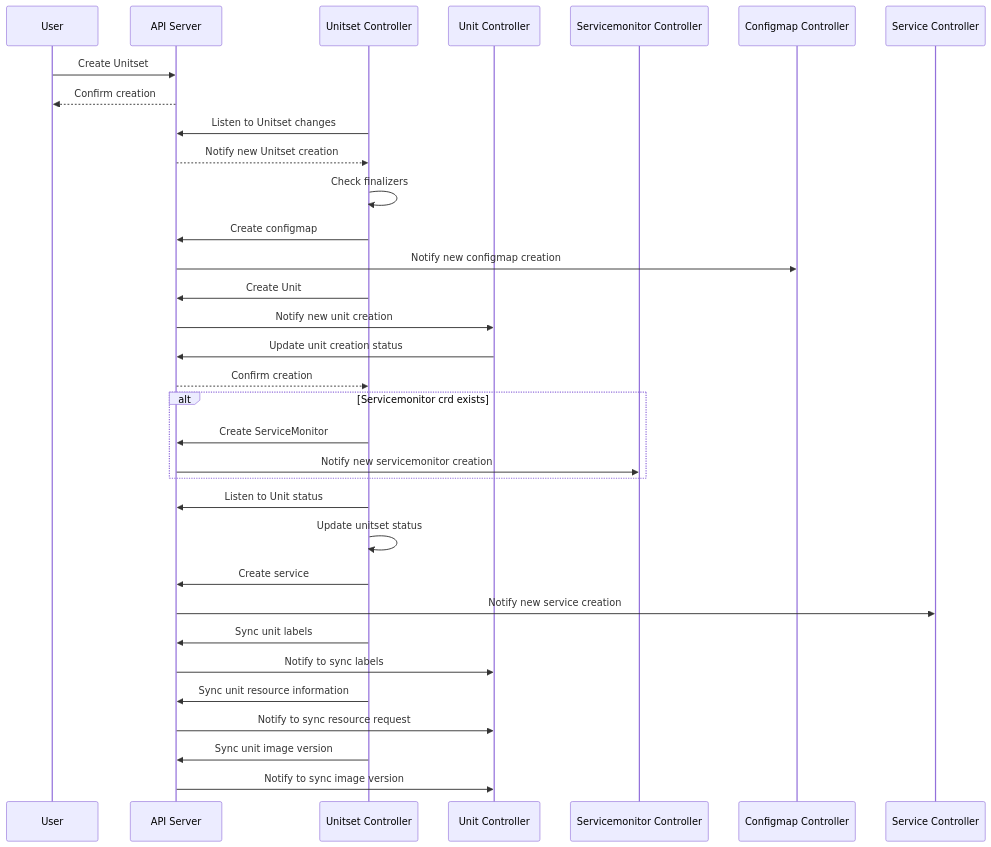
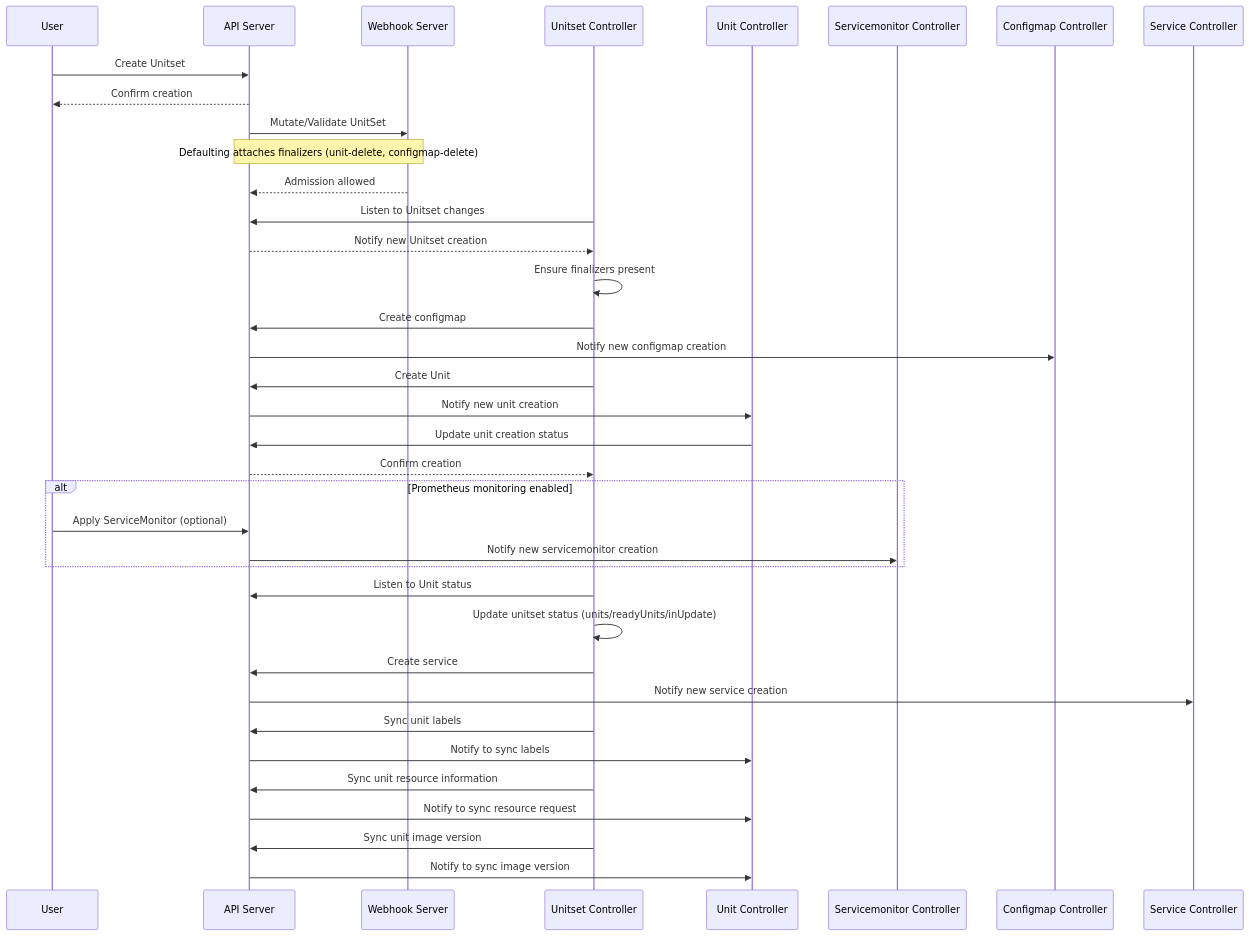
The diagram in doc/unitset.mermaid (upmio/unit-operator), drawn with Mermaid before and after one commit. The commit also changed 8 other files, not shown here.

```diff
--- a/doc/unitset.mermaid
+++ b/doc/unitset.mermaid
@@ -1,45 +1,50 @@
 sequenceDiagram
     participant User
     participant API Server
+    participant Webhook Server
     participant Unitset Controller
     participant Unit Controller
     participant Servicemonitor Controller
     participant Configmap Controller
     participant Service Controller
 
     User->>API Server: Create Unitset
     API Server-->>User: Confirm creation
 
+    API Server->>Webhook Server: Mutate/Validate UnitSet
+    Note over Webhook Server,API Server: Defaulting attaches finalizers (unit-delete, configmap-delete)
+    Webhook Server-->>API Server: Admission allowed
+
     Unitset Controller->>API Server: Listen to Unitset changes
     API Server-->>Unitset Controller: Notify new Unitset creation
 
-    Unitset Controller->>Unitset Controller: Check finalizers
+    Unitset Controller->>Unitset Controller: Ensure finalizers present
 
     Unitset Controller->>API Server: Create configmap
     API Server->>Configmap Controller: Notify new configmap creation
 
     Unitset Controller->>API Server: Create Unit
     API Server->>Unit Controller: Notify new unit creation
 
     Unit Controller ->> API Server: Update unit creation status
     API Server-->>Unitset Controller: Confirm creation
 
-    alt Servicemonitor crd exists
-        Unitset Controller->>API Server: Create ServiceMonitor
+    alt Prometheus monitoring enabled
+        User->>API Server: Apply ServiceMonitor (optional)
         API Server->>Servicemonitor Controller: Notify new servicemonitor creation
     end
 
     Unitset Controller->>API Server: Listen to Unit status
-    Unitset Controller->>Unitset Controller: Update unitset status
+    Unitset Controller->>Unitset Controller: Update unitset status (units/readyUnits/inUpdate)
 
     Unitset Controller->>API Server: Create service
     API Server->>Service Controller: Notify new service creation
 
     Unitset Controller->>API Server : Sync unit labels
     API Server->>Unit Controller:Notify to sync labels
 
     Unitset Controller->>API Server : Sync unit resource information
     API Server->>Unit Controller:Notify to sync resource request
 
     Unitset Controller->>API Server : Sync unit image version
     API Server->>Unit Controller:Notify to sync image version
```
